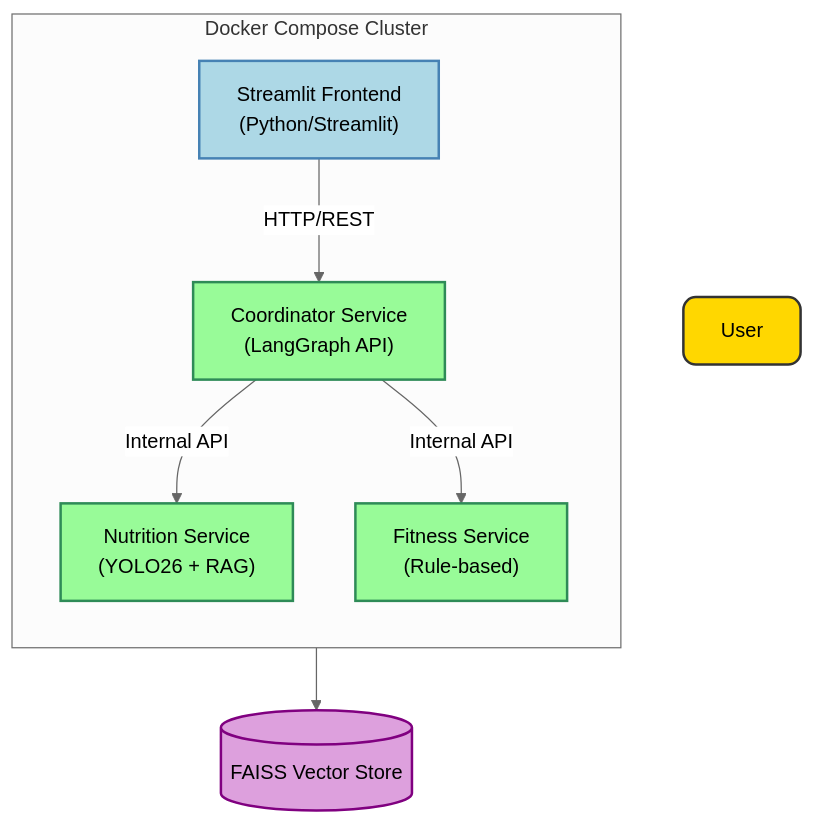
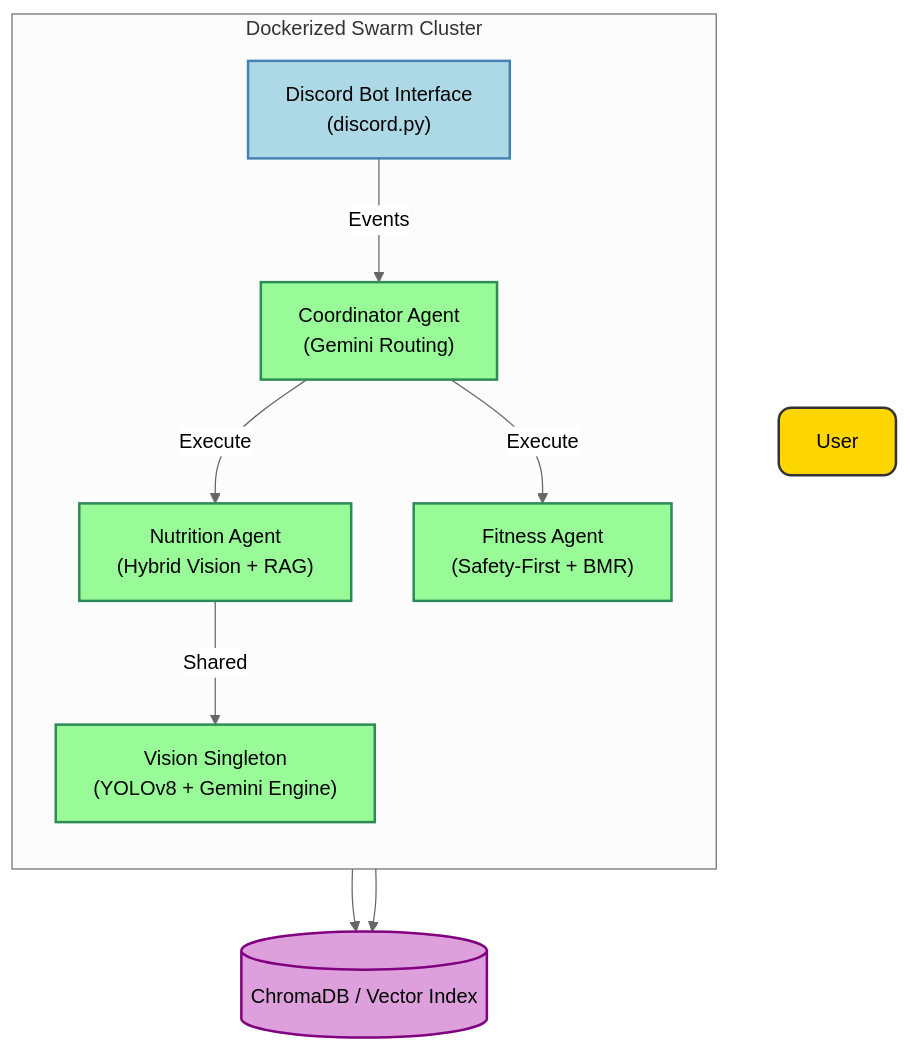
The second of 2 diagrams in docs/project-design/L2-Application-Architecture.md (kevinhust/capstonetest), drawn with Mermaid (neutral theme) before and after one commit. The commit also changed other lines of this file and 126 other files, not shown here.

Commit message:
feat: Final architecture alignment (YOLOv8 + Gemini Hybrid, Safety RAG, Discord Bot) and documentation v1.3

````diff
--- a/docs/project-design/L2-Application-Architecture.md
+++ b/docs/project-design/L2-Application-Architecture.md
@@ -38,25 +38,28 @@
 ```mermaid
 graph TB
     %% Styles
     classDef user fill:#FFD700,stroke:#333,stroke-width:2px,color:black,rx:10,ry:10;
     classDef ui fill:#ADD8E6,stroke:#4682B4,stroke-width:2px,color:black;
     classDef logic fill:#98FB98,stroke:#2E8B57,stroke-width:2px,color:black;
     classDef db fill:#DDA0DD,stroke:#800080,stroke-width:2px,color:black,shape:cylinder;
 
     User[User]:::user
     
-    subgraph "Docker Compose Cluster"
+    subgraph "Dockerized Swarm Cluster"
         direction TB
-        UI["Streamlit Frontend<br/>(Python/Streamlit)"]:::ui
-        Coord["Coordinator Service<br/>(LangGraph API)"]:::logic
-        NutSvc["Nutrition Service<br/>(YOLO26 + RAG)"]:::logic
-        FitSvc["Fitness Service<br/>(Rule-based)"]:::logic
+        UI["Discord Bot Interface<br/>(discord.py)"]:::ui
+        Coord["Coordinator Agent<br/>(Gemini Routing)"]:::logic
+        Vision["Vision Singleton<br/>(YOLOv8 + Gemini Engine)"]:::logic
+        NutSvc["Nutrition Agent<br/>(Hybrid Vision + RAG)"]:::logic
+        FitSvc["Fitness Agent<br/>(Safety-First + BMR)"]:::logic
         
-        UI -->|HTTP/REST| Coord
-        Coord -->|Internal API| NutSvc
-        Coord -->|Internal API| FitSvc
+        UI -->|Events| Coord
+        Coord -->|Execute| NutSvc
+        Coord -->|Execute| FitSvc
+        NutSvc -->|Shared| Vision
     end
     
-    VDB[("FAISS Vector Store")]:::db
+    VDB[("ChromaDB / Vector Index")]:::db
     NutSvc --> VDB
+    FitSvc --> VDB
 ```
````
